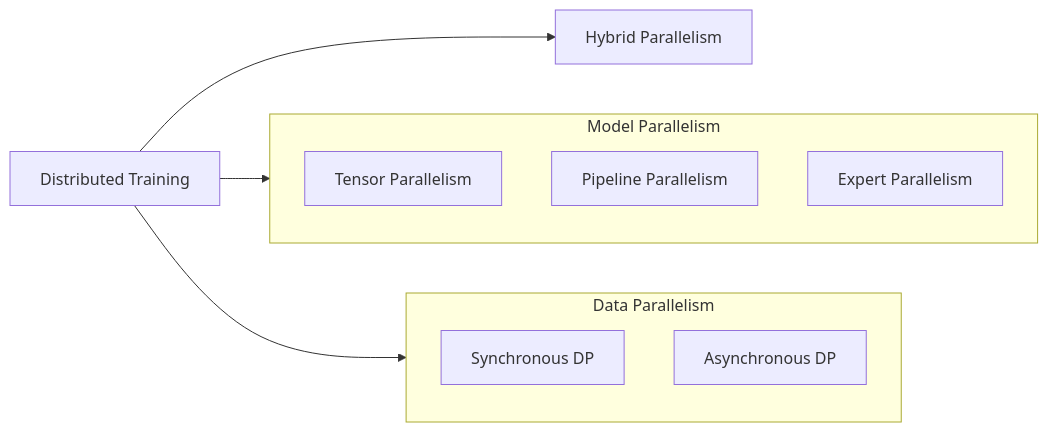
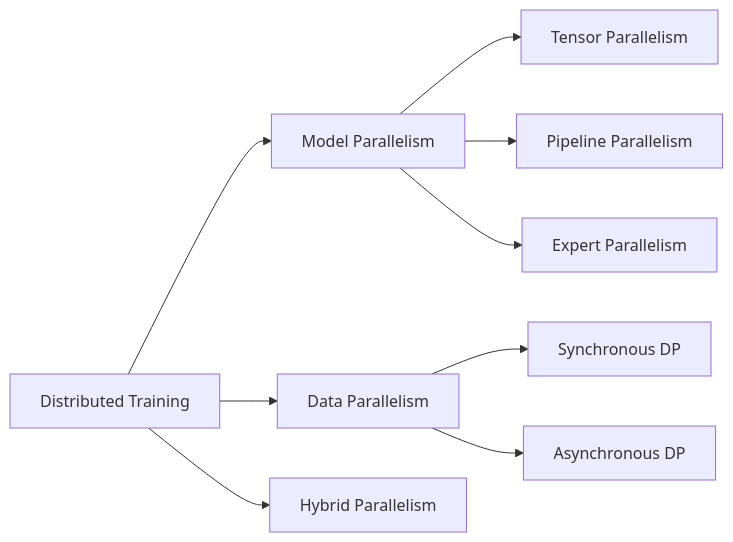
The diagram in _posts/2025-06-27-llm-distributed-system.md (limiao2/limiao2.github.io), drawn with Mermaid before and after one commit.

Commit message:
use flowchart

````diff
--- a/_posts/2025-06-27-llm-distributed-system.md
+++ b/_posts/2025-06-27-llm-distributed-system.md
@@ -40,28 +40,21 @@
 ```mermaid
-graph LR
-  %% Main entry
-  DistributedTraining[Distributed Training]
-
-  %% Model Parallelism Subgraph
-  subgraph ModelParallelism [Model Parallelism]
-    direction TB
-    TensorParallelism[Tensor Parallelism]
-    PipelineParallelism[Pipeline Parallelism]
-    ExpertParallelism[Expert Parallelism]
-  end
-
-  %% Data Parallelism Subgraph
-  subgraph DataParallelism [Data Parallelism]
-    direction TB
-    SynchronousDP[Synchronous DP]
-    AsynchronousDP[Asynchronous DP]
-  end
-
-  %% Hybrid Parallelisms
-  HybridParallelism[Hybrid Parallelism]
-
-  %% Connections
-  DistributedTraining --> ModelParallelism
-  DistributedTraining --> DataParallelism
-  DistributedTraining --> HybridParallelism
+flowchart LR
+  A[Distributed Training]
+  B[Model Parallelism]
+  C[Data Parallelism]
+  D[Hybrid Parallelism]
+  E[Tensor Parallelism]
+  F[Pipeline Parallelism]
+  G[Expert Parallelism]
+  H[Synchronous DP]
+  I[Asynchronous DP]
+  
+  A --> B
+  A --> C
+  A --> D
+  B --> E
+  B --> F
+  B --> G
+  C --> H
+  C --> I
 ```
````
